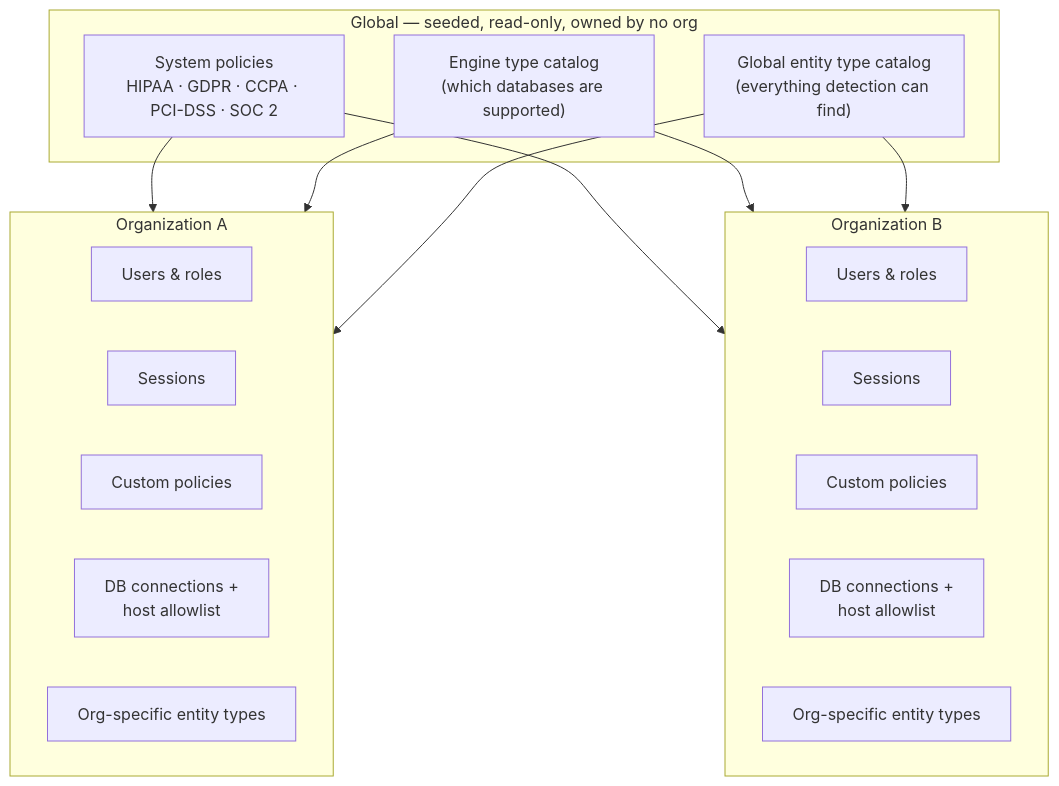
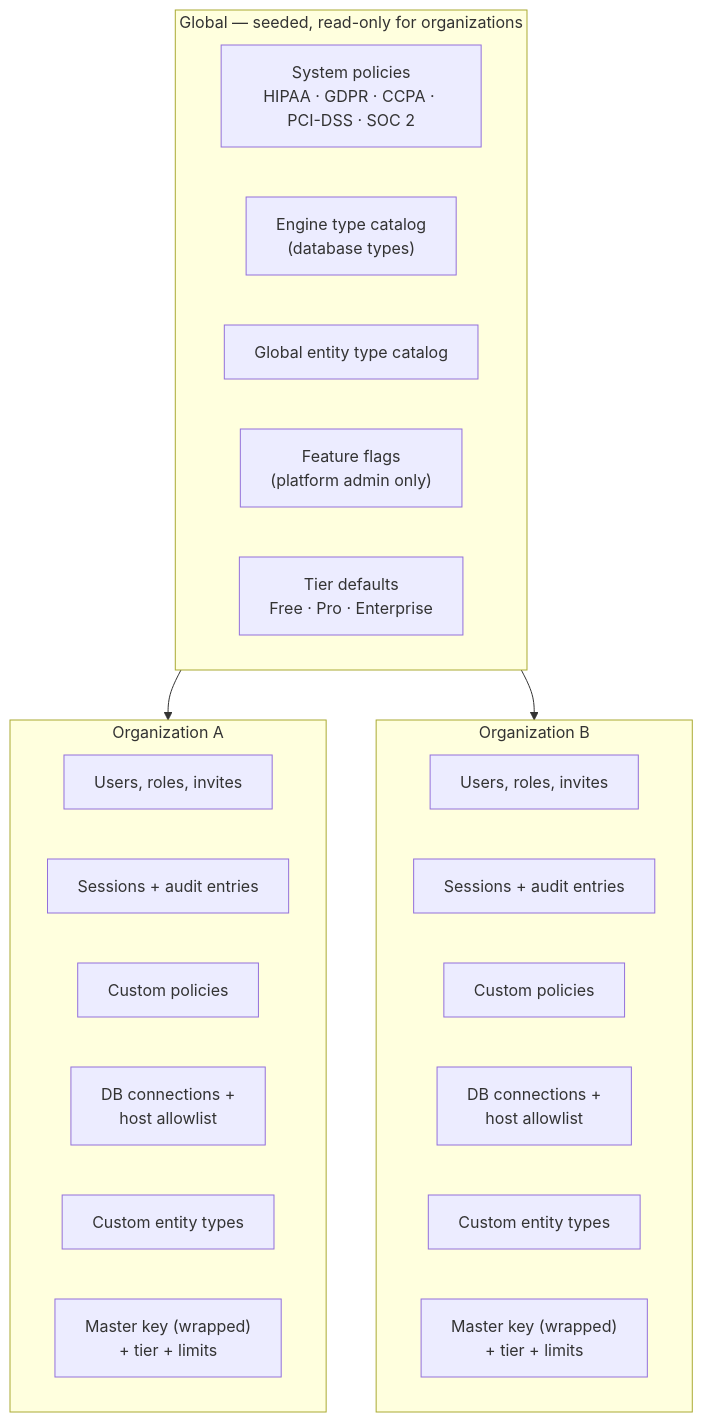
One commit to DataShield-sp18/data-shield-docs changed the first of 2 diagrams in docs/architecture/data-scoping.md. Above: the diagram before and after it, drawn with Mermaid. The commit also changed other lines of this file and 6 other files, not shown here.

Commit message:
docs(arch): EMR lane, encrypted spill, auto master key

````diff
--- a/docs/architecture/data-scoping.md
+++ b/docs/architecture/data-scoping.md
@@ -7,31 +8,31 @@
 ```mermaid
 flowchart TB
-    subgraph GLOBAL["Global — seeded, read-only, owned by no org"]
-        SP["System policies\nHIPAA · GDPR · CCPA · PCI-DSS · SOC 2"]
-        ET["Engine type catalog\n(which databases are supported)"]
-        GET["Global entity type catalog\n(everything detection can find)"]
+    subgraph GLOBAL["Global — seeded, read-only for organizations"]
+        SP["System policies<br/>HIPAA · GDPR · CCPA · PCI-DSS · SOC 2"]
+        ET["Engine type catalog<br/>(database types)"]
+        GET["Global entity type catalog"]
+        FF["Feature flags<br/>(platform admin only)"]
+        TD["Tier defaults<br/>Free · Pro · Enterprise"]
     end
 
     subgraph ORGA["Organization A"]
-        UA["Users & roles"]
-        SA["Sessions"]
+        UA["Users, roles, invites"]
+        SA["Sessions + audit entries"]
         CA["Custom policies"]
-        CONNA["DB connections +\nhost allowlist"]
-        OEA["Org-specific entity types"]
+        CONNA["DB connections +<br/>host allowlist"]
+        OEA["Custom entity types"]
+        KA["Master key (wrapped)<br/>+ tier + limits"]
     end
 
     subgraph ORGB["Organization B"]
-        UB["Users & roles"]
-        SB["Sessions"]
+        UB["Users, roles, invites"]
+        SB["Sessions + audit entries"]
         CB["Custom policies"]
-        CONNB["DB connections +\nhost allowlist"]
-        OEB["Org-specific entity types"]
+        CONNB["DB connections +<br/>host allowlist"]
+        OEB["Custom entity types"]
+        KB["Master key (wrapped)<br/>+ tier + limits"]
     end
 
-    SP --> ORGA
-    SP --> ORGB
-    ET --> ORGA
-    ET --> ORGB
-    GET --> ORGA
-    GET --> ORGB
+    GLOBAL --> ORGA
+    GLOBAL --> ORGB
 ```
````
